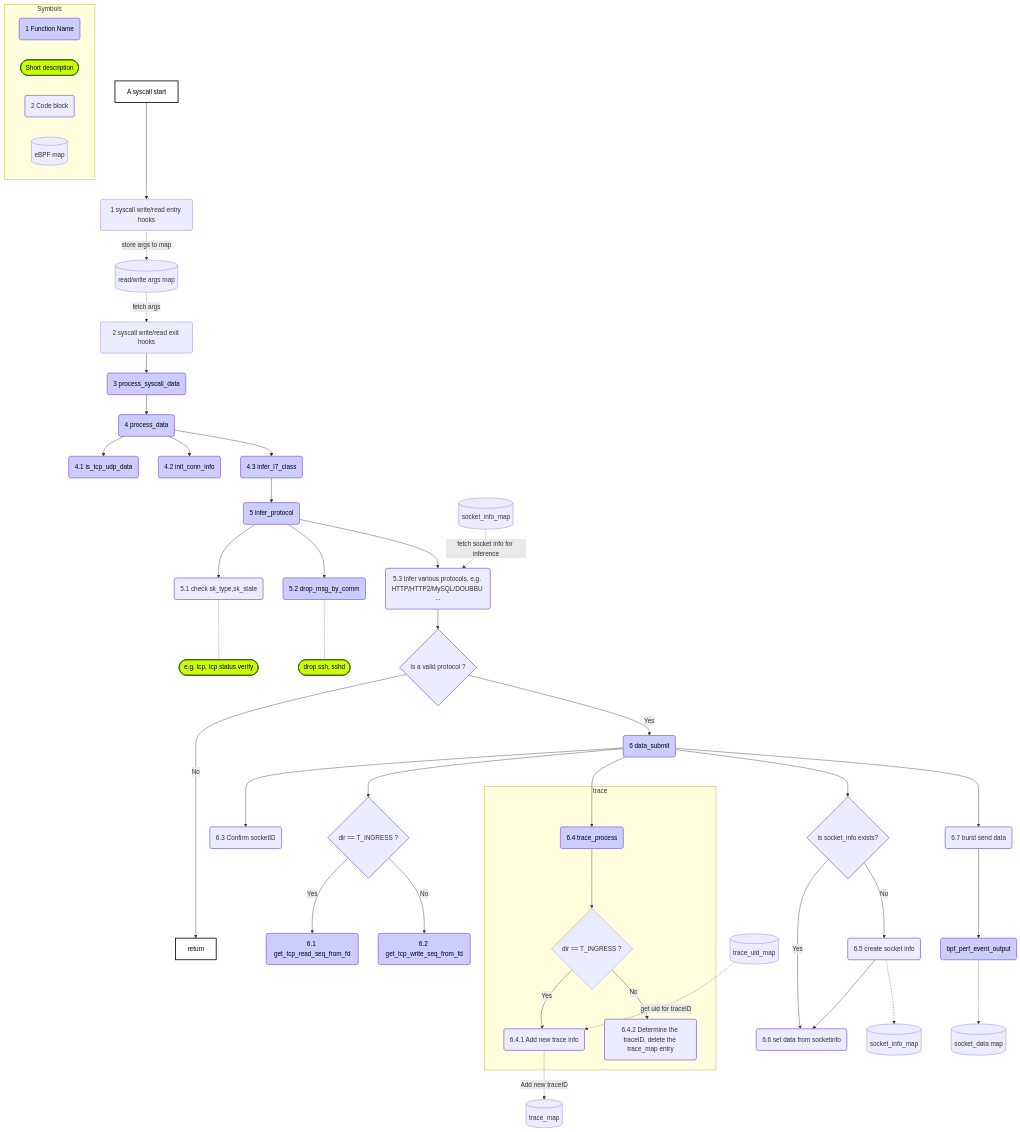
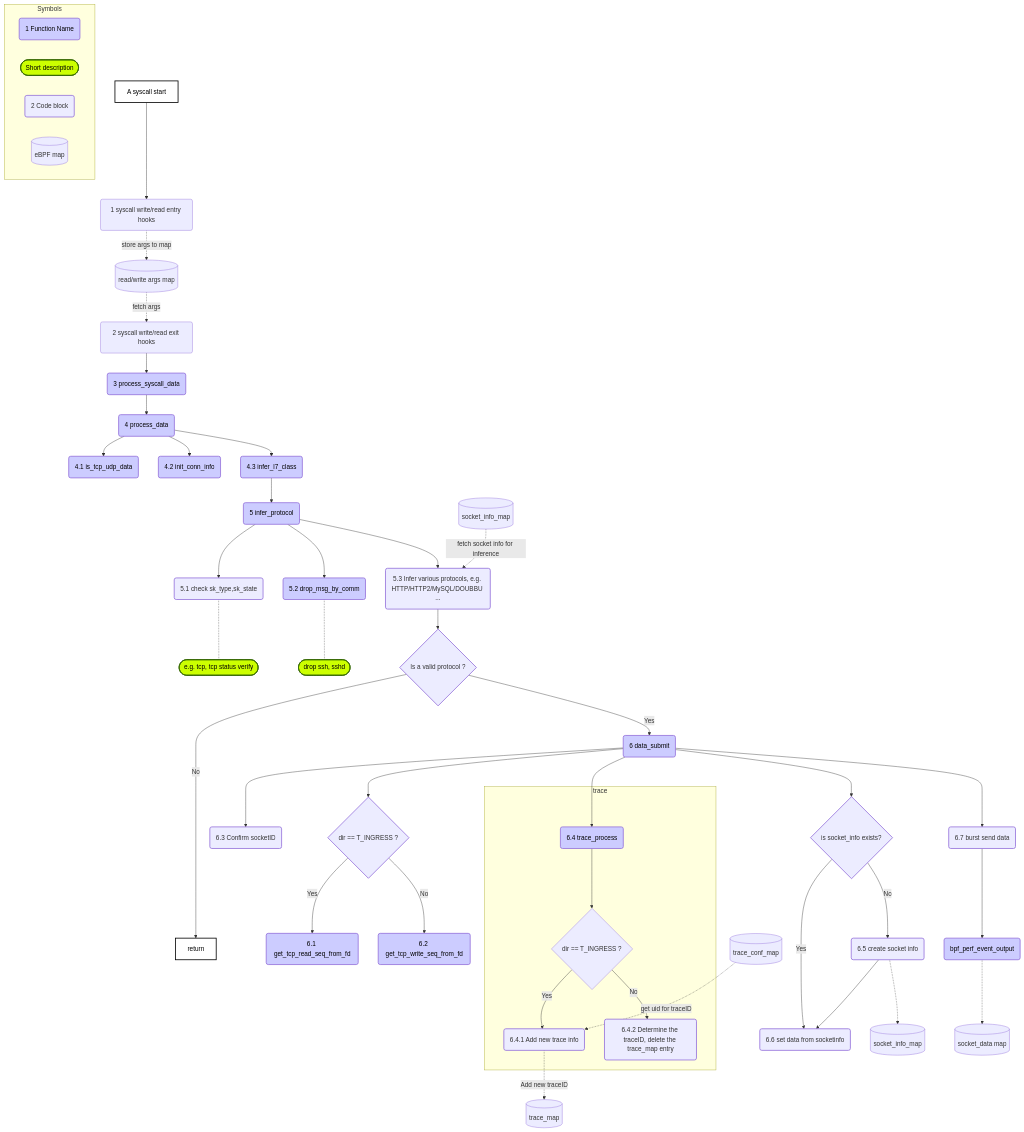
One commit to deepflowio/deepflow changed the second of 7 diagrams in agent/src/ebpf/README.md. Above: the diagram before and after it, drawn with Mermaid. The commit also changed other lines of this file and 19 other files, not shown here.

```diff
--- a/agent/src/ebpf/README.md
+++ b/agent/src/ebpf/README.md
@@ -201,7 +203,7 @@
     get_tcp_read_seq_from_fd(6.1 get_tcp_read_seq_from_fd)
     get_tcp_write_seq_from_fd(6.2 get_tcp_write_seq_from_fd)
     socket_id(6.3 Confirm socketID)
-    trace_uid_map[(trace_uid_map)]
+    trace_conf_map[(trace_conf_map)]
     trace_process(6.4 trace_process)
     eBPF_start --> syscall_entry-.->|store args to map| args_map
     args_map -.->|fetch args | syscall_exit
@@ -227,7 +229,7 @@
     if_direction_trace-->|Yes|trace_map__update(6.4.1 Add new trace info)
     if_direction_trace-->|No|trace_map__delete(6.4.2 Determine the traceID, delete the trace_map entry)
     end
-    trace_uid_map -.->|get uid for traceID| trace_map__update-.->|Add new traceID|trace_map[(trace_map)]
+    trace_conf_map -.->|get uid for traceID| trace_map__update-.->|Add new traceID|trace_map[(trace_map)]
     data_submit-->if_socket_info{is socket_info exists?}
     if_socket_info-->|Yes|set_data_from_socket_info(6.6 set data from socketinfo)
     if_socket_info-->|No|create_socket_info(6.5 create socket info)-->set_data_from_socket_info
```
